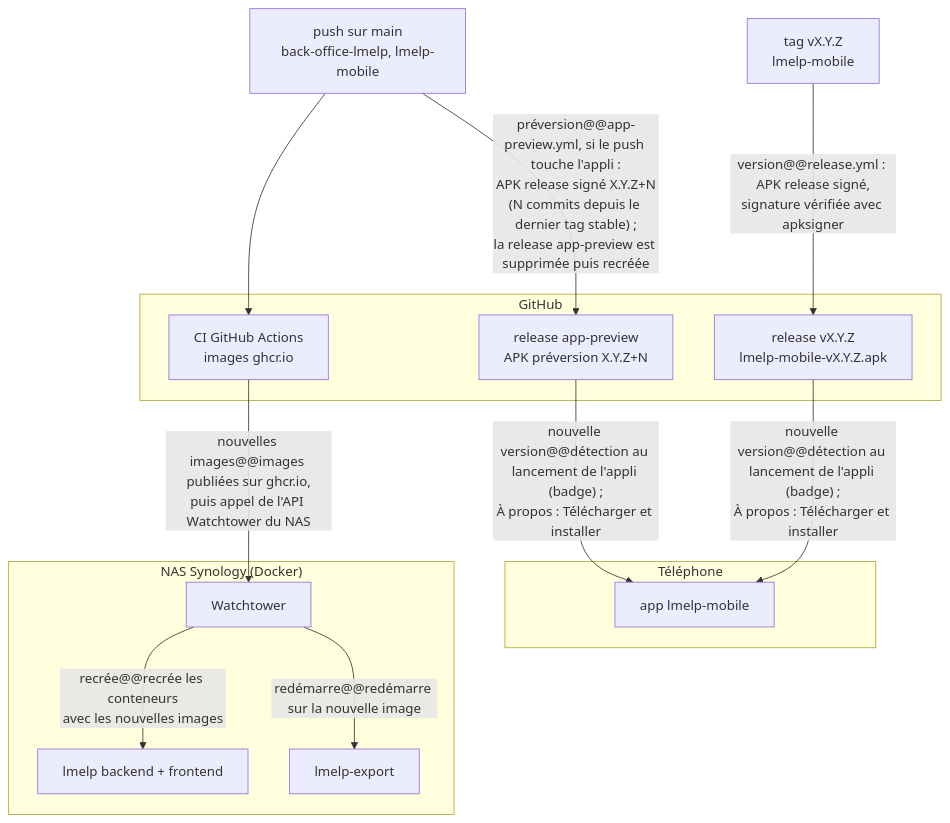
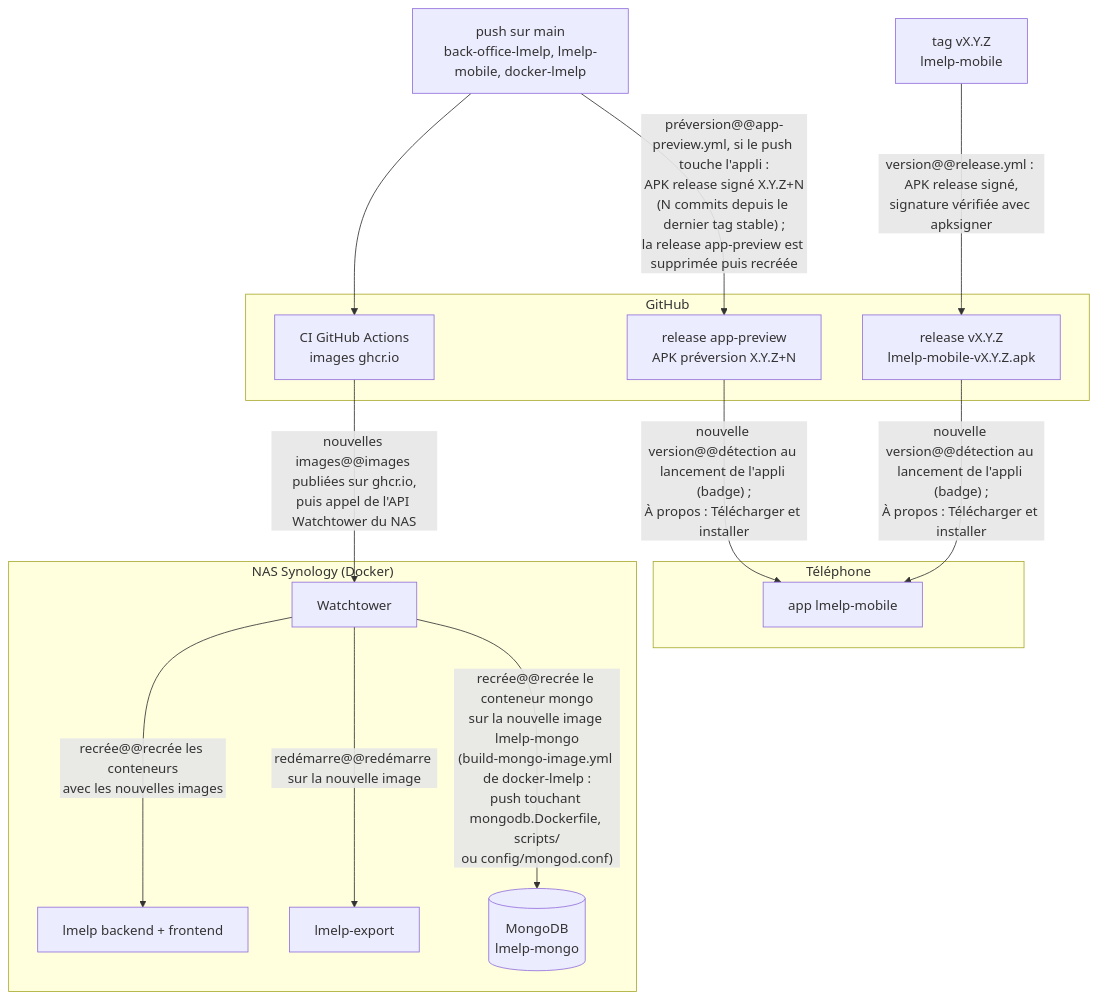
The second of 2 diagrams in docs/ecosysteme.md (castorfou/lmelp-mobile), drawn with Mermaid before and after one commit. The commit also changed other lines of this file, not shown here.

Commit message:
Doc écosystème : image lmelp-mongo dans la mise à jour du code, fuseau de la synchro CWA #182

````diff
--- a/docs/ecosysteme.md
+++ b/docs/ecosysteme.md
@@ -69,30 +69,32 @@
 ```mermaid
 flowchart TB
-    PUSH["push sur main<br/>back-office-lmelp, lmelp-mobile"]
+    PUSH["push sur main<br/>back-office-lmelp, lmelp-mobile, docker-lmelp"]
     TAG["tag vX.Y.Z<br/>lmelp-mobile"]
 
     subgraph GH["GitHub"]
         CI["CI GitHub Actions<br/>images ghcr.io"]
         PREV["release app-preview<br/>APK préversion X.Y.Z+N"]
         APK["release vX.Y.Z<br/>lmelp-mobile-vX.Y.Z.apk"]
     end
 
     subgraph NAS["NAS Synology (Docker)"]
         WT["Watchtower"]
         BACK["lmelp backend + frontend"]
         EXPORT["lmelp-export"]
+        MONGO[("MongoDB<br/>lmelp-mongo")]
     end
 
     subgraph PHONE["Téléphone"]
         MOB["app lmelp-mobile"]
     end
 
     PUSH --> CI
     PUSH -->|"préversion@@app-preview.yml, si le push touche l'appli :<br/>APK release signé X.Y.Z+N<br/>(N commits depuis le dernier tag stable) ;<br/>la release app-preview est supprimée puis recréée"| PREV
     TAG -->|"version@@release.yml : APK release signé,<br/>signature vérifiée avec apksigner"| APK
     CI -->|"nouvelles images@@images publiées sur ghcr.io,<br/>puis appel de l'API Watchtower du NAS"| WT
     WT -->|"recrée@@recrée les conteneurs<br/>avec les nouvelles images"| BACK
     WT -->|"redémarre@@redémarre sur la nouvelle image"| EXPORT
+    WT -->|"recrée@@recrée le conteneur mongo<br/>sur la nouvelle image lmelp-mongo<br/>(build-mongo-image.yml de docker-lmelp :<br/>push touchant mongodb.Dockerfile, scripts/<br/>ou config/mongod.conf)"| MONGO
     PREV -->|"nouvelle version@@détection au lancement de l'appli (badge) ;<br/>À propos : Télécharger et installer"| MOB
     APK -->|"nouvelle version@@détection au lancement de l'appli (badge) ;<br/>À propos : Télécharger et installer"| MOB
 ```
````
